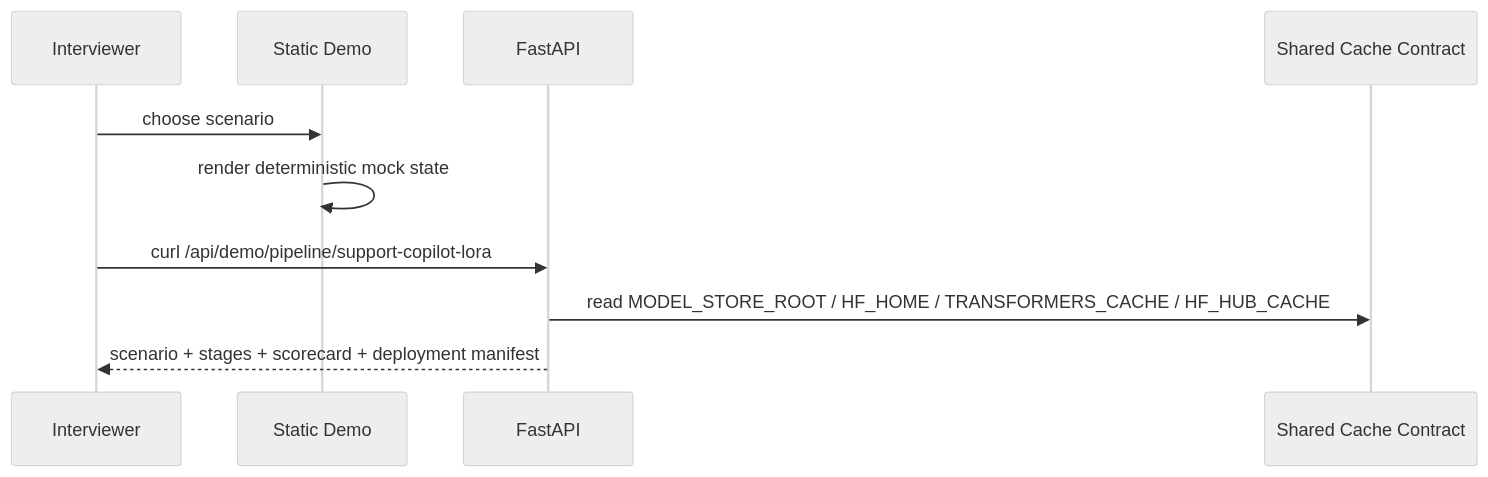
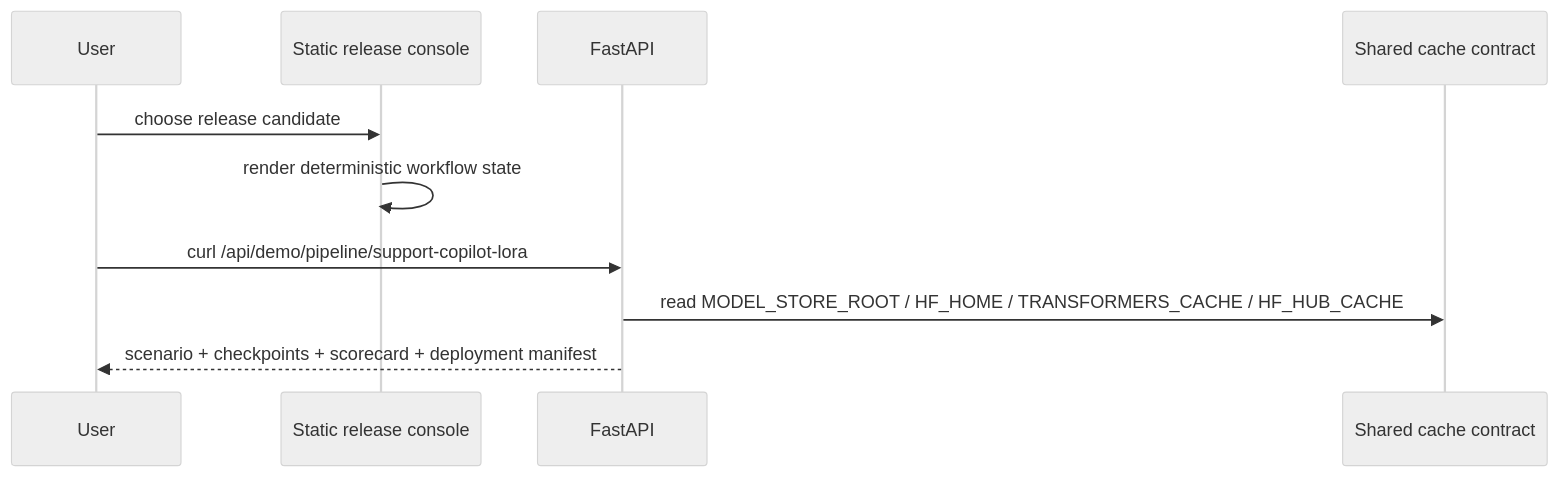
The third of 6 diagrams in README.md (Justin21523/LLM-train-eval-ship), drawn with Mermaid (neutral theme) before and after one commit. The commit also changed other lines of this file and 13 other files, not shown here.

Commit message:
Refresh guided release demo

````diff
--- a/README.md
+++ b/README.md
@@ -83,13 +84,13 @@
 ```mermaid
 sequenceDiagram
-  participant Reviewer as Interviewer
-  participant Demo as Static Demo
+  participant User as User
+  participant Demo as Static release console
   participant API as FastAPI
-  participant Store as Shared Cache Contract
+  participant Store as Shared cache contract
 
-  Reviewer->>Demo: choose scenario
-  Demo->>Demo: render deterministic mock state
-  Reviewer->>API: curl /api/demo/pipeline/support-copilot-lora
+  User->>Demo: choose release candidate
+  Demo->>Demo: render deterministic workflow state
+  User->>API: curl /api/demo/pipeline/support-copilot-lora
   API->>Store: read MODEL_STORE_ROOT / HF_HOME / TRANSFORMERS_CACHE / HF_HUB_CACHE
-  API-->>Reviewer: scenario + stages + scorecard + deployment manifest
+  API-->>User: scenario + checkpoints + scorecard + deployment manifest
 ```
````
